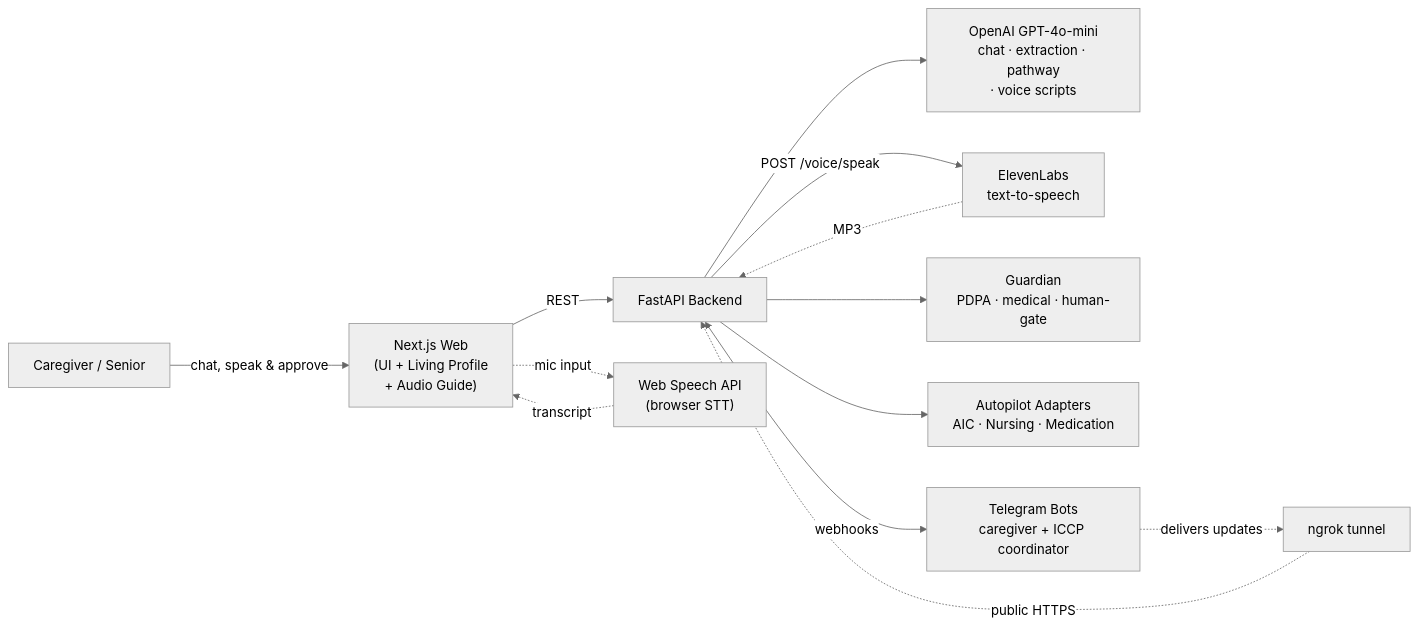
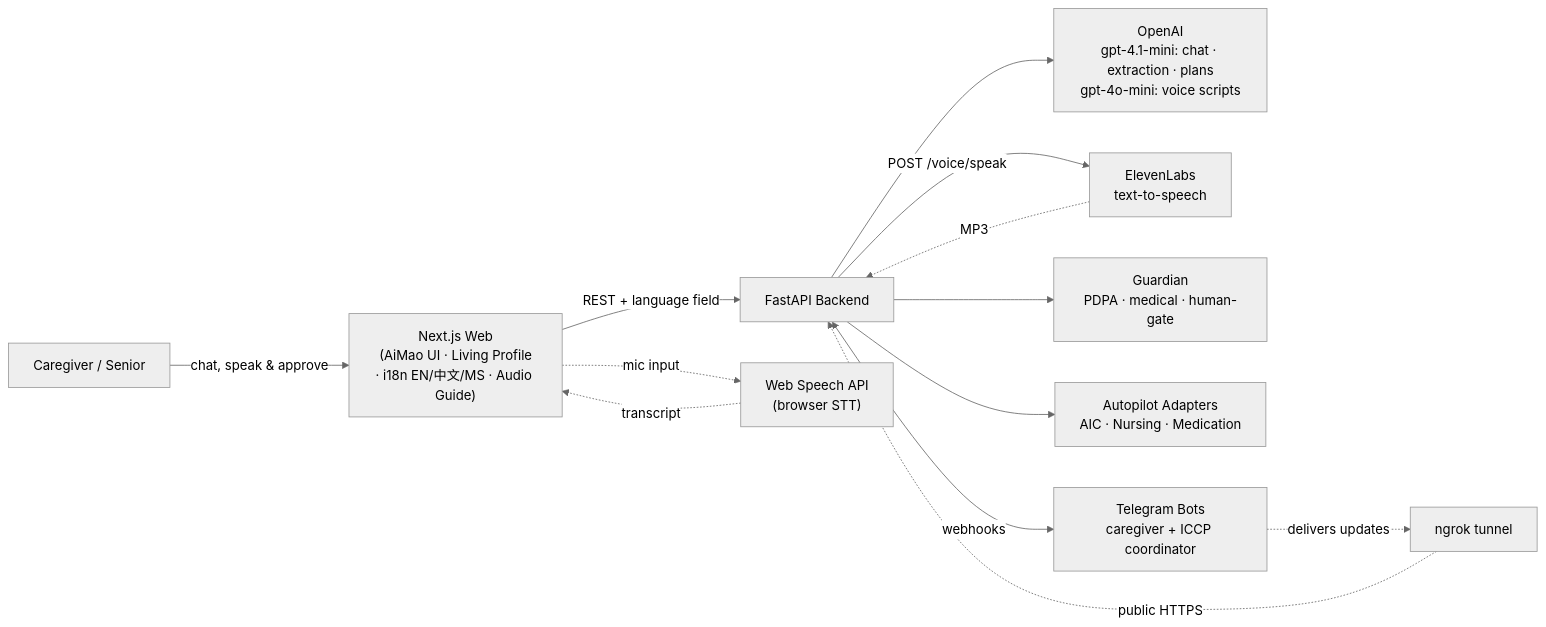
The diagram in README.md (stormragemc/CareKaki-repo), drawn with Mermaid (neutral theme) before and after one commit. The commit also changed other lines of this file, not shown here.

````diff
--- a/README.md
+++ b/README.md
@@ -88,15 +105,15 @@
 ```mermaid
 flowchart LR
-    U["Caregiver / Senior"] -->|chat, speak & approve| WEB["Next.js Web<br/>(UI + Living Profile<br/>+ Audio Guide)"]
-    WEB -->|REST| API["FastAPI Backend"]
+    U["Caregiver / Senior"] -->|chat, speak & approve| WEB["Next.js Web<br/>(AiMao UI · Living Profile<br/>· i18n EN/中文/MS · Audio Guide)"]
+    WEB -->|REST + language field| API["FastAPI Backend"]
     WEB -.->|mic input| STT["Web Speech API<br/>(browser STT)"]
     STT -.->|transcript| WEB
-    API --> LLM["OpenAI GPT-4o-mini<br/>chat · extraction · pathway<br/>· voice scripts"]
+    API --> LLM["OpenAI<br/>gpt-4.1-mini: chat · extraction · plans<br/>gpt-4o-mini: voice scripts"]
     API -->|POST /voice/speak| EL["ElevenLabs<br/>text-to-speech"]
     EL -.->|MP3| API
     API --> GUARD["Guardian<br/>PDPA · medical · human-gate"]
     API --> ADP["Autopilot Adapters<br/>AIC · Nursing · Medication"]
     API <-->|webhooks| TG["Telegram Bots<br/>caregiver + ICCP coordinator"]
     NGROK["ngrok tunnel"] -.->|public HTTPS| API
     TG -.->|delivers updates| NGROK
 ```
````
